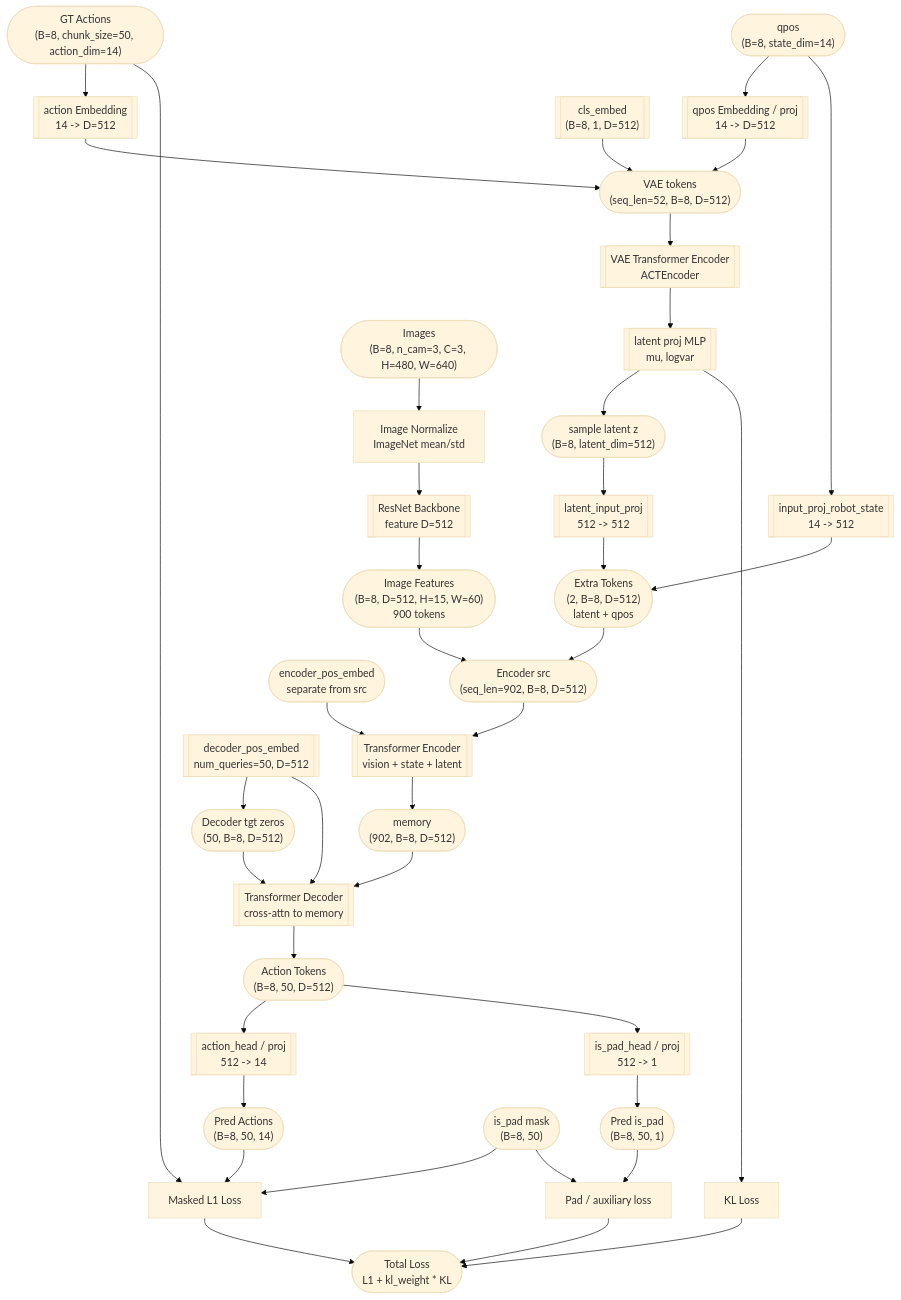
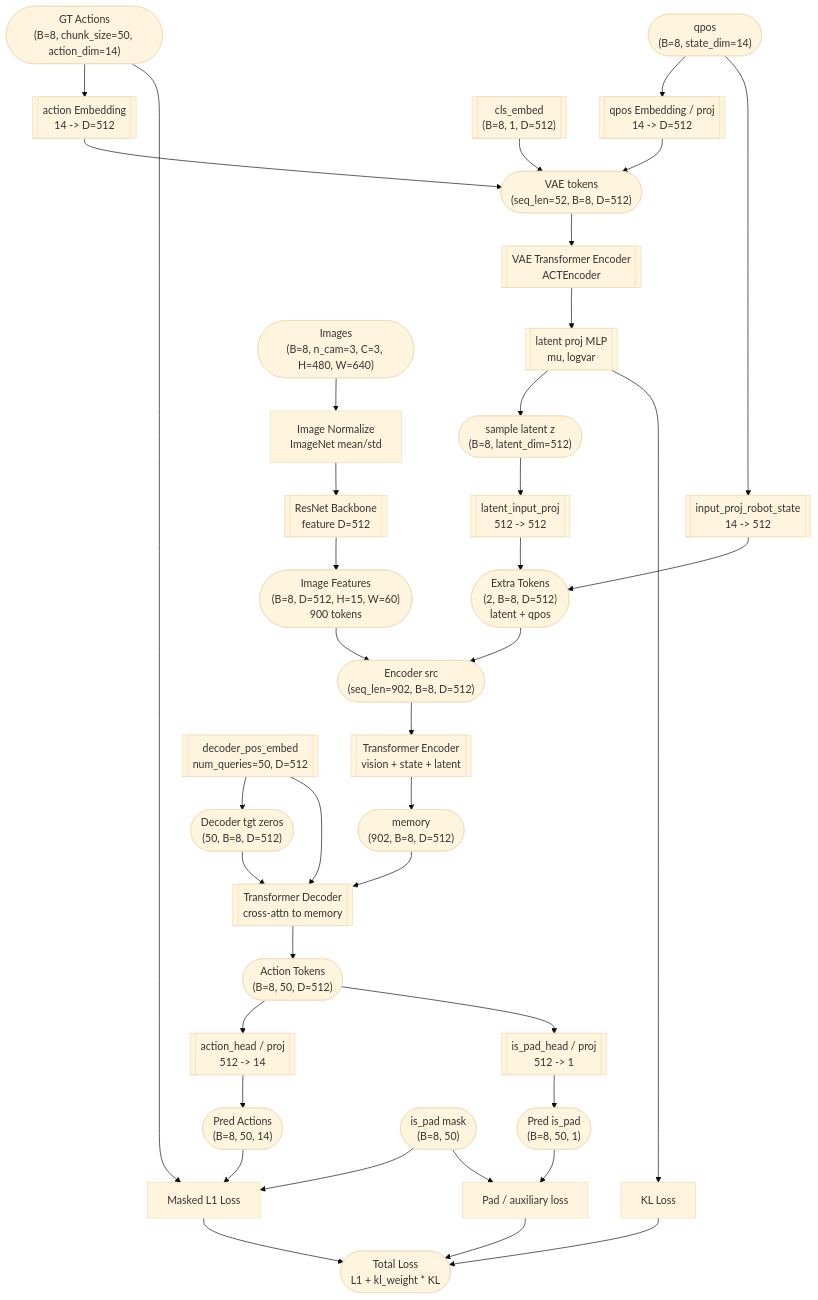
One commit to julyfun/how-to changed the first of 3 diagrams in 25/01/act.md. Above: the diagram before and after it, drawn with Mermaid (base theme). The commit also changed other lines of this file, not shown here.

````diff
--- a/25/01/act.md
+++ b/25/01/act.md
@@ -51,47 +51,45 @@
 ```mermaid
 flowchart TD
     qpos(["qpos<br/>(B=8, state_dim=14)"]) --> qemb[["qpos Embedding / proj<br/>14 -> D=512"]]
     action(["GT Actions<br/>(B=8, chunk_size=50, action_dim=14)"]) --> aemb[["action Embedding<br/>14 -> D=512"]]
     cls[["cls_embed<br/>(B=8, 1, D=512)"]] --> encin(["VAE tokens<br/>(seq_len=52, B=8, D=512)"])
     qemb --> encin
     aemb --> encin
     encin --> vae[["VAE Transformer Encoder<br/>ACTEncoder"]]
     vae --> dist[["latent proj MLP<br/>mu, logvar"]]
     dist --> z(["sample latent z<br/>(B=8, latent_dim=512)"])
     dist --> kl["KL Loss"]
 
     img(["Images<br/>(B=8, n_cam=3, C=3, H=480, W=640)"]) --> norm["Image Normalize<br/>ImageNet mean/std"]
     norm --> backbone[["ResNet Backbone<br/>feature D=512"]]
     backbone --> feat(["Image Features<br/>(B=8, D=512, H=15, W=60)<br/>900 tokens"])
 
     z --> zproj[["latent_input_proj<br/>512 -> 512"]]
     qpos --> stateproj[["input_proj_robot_state<br/>14 -> 512"]]
     zproj --> addtok(["Extra Tokens<br/>(2, B=8, D=512)<br/>latent + qpos"])
     stateproj --> addtok
     feat --> src(["Encoder src<br/>(seq_len=902, B=8, D=512)"])
     addtok --> src
-    encpos(["encoder_pos_embed<br/>separate from src"])
 
     src --> venc[["Transformer Encoder<br/>vision + state + latent"]]
-    encpos --> venc
     query[["decoder_pos_embed<br/>num_queries=50, D=512"]] --> tgt(["Decoder tgt zeros<br/>(50, B=8, D=512)"])
     tgt --> dec[["Transformer Decoder<br/>cross-attn to memory"]]
     query --> dec
     venc --> mem(["memory<br/>(902, B=8, D=512)"])
     mem --> dec
     dec --> hs(["Action Tokens<br/>(B=8, 50, D=512)"])
 
     hs --> ahead[["action_head / proj<br/>512 -> 14"]]
     hs --> phead[["is_pad_head / proj<br/>512 -> 1"]]
     ahead --> ahat(["Pred Actions<br/>(B=8, 50, 14)"])
     phead --> phat(["Pred is_pad<br/>(B=8, 50, 1)"])
 
     action --> recon["Masked L1 Loss"]
     ispad(["is_pad mask<br/>(B=8, 50)"]) --> recon
     ahat --> recon
     phat --> padloss["Pad / auxiliary loss"]
     ispad --> padloss
     recon --> total(["Total Loss<br/>L1 + kl_weight * KL"])
     kl --> total
     padloss --> total
 ```
````
